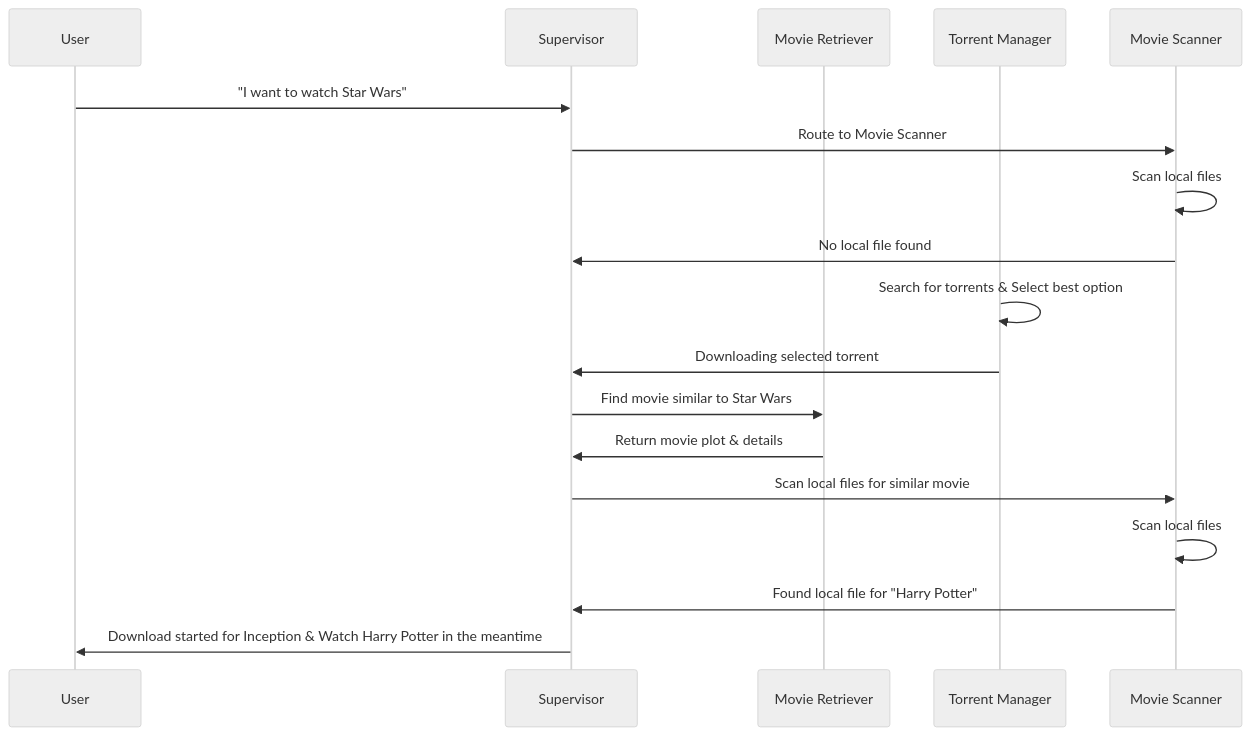
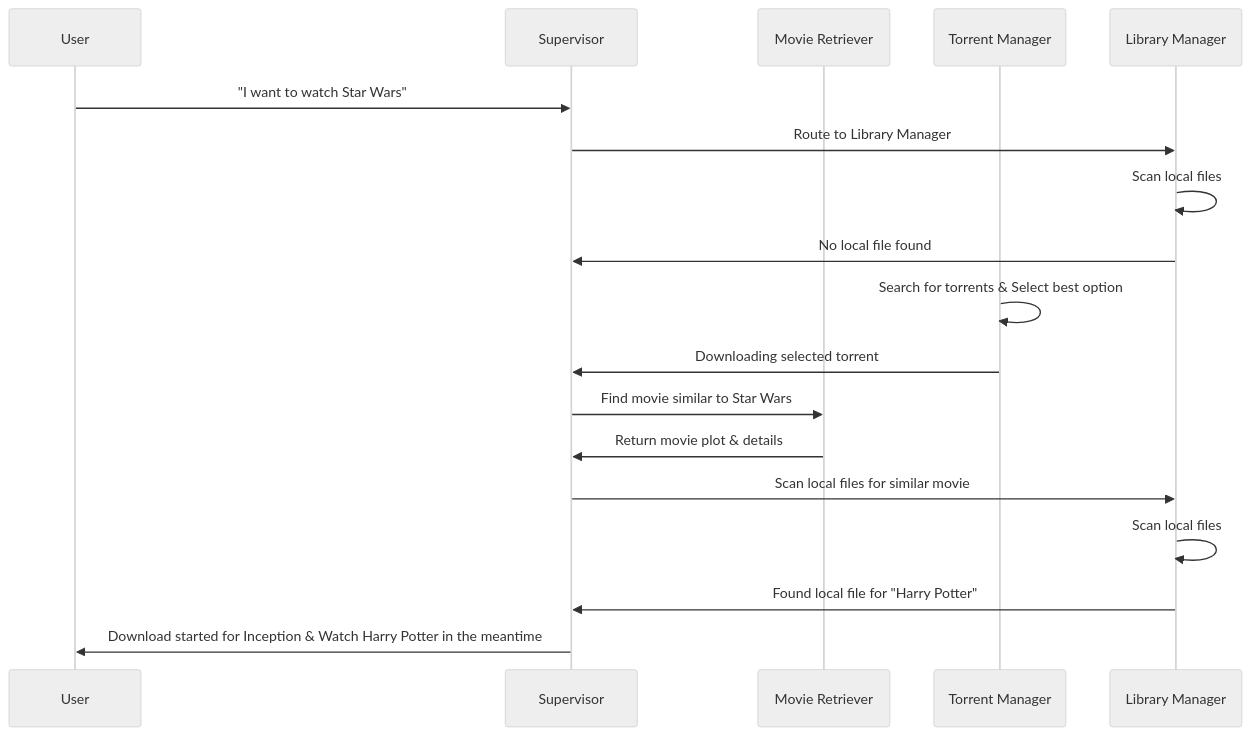
The fourth of 4 diagrams in README.md (elisarchod/turtle_app), drawn with Mermaid (neutral theme) before and after one commit. The commit also changed other lines of this file and 13 other files, not shown here.

````diff
--- a/README.md
+++ b/README.md
@@ -132,21 +150,21 @@
 ```mermaid
 sequenceDiagram
   participant U as User
   participant S as Supervisor
   participant MR as Movie Retriever
   participant TM as Torrent Manager
-  participant MS as Movie Scanner
+  participant LM as Library Manager
   U ->> S: "I want to watch Star Wars"
-  S ->> MS: Route to Movie Scanner
-  MS ->> MS: Scan local files
-  MS ->> S: No local file found
+  S ->> LM: Route to Library Manager
+  LM ->> LM: Scan local files
+  LM ->> S: No local file found
   TM ->> TM: Search for torrents & Select best option
   TM ->> S: Downloading selected torrent
   S ->> MR: Find movie similar to Star Wars
   MR ->> S: Return movie plot & details
-  S ->> MS: Scan local files for similar movie
-  MS ->> MS: Scan local files
-  MS ->> S: Found local file for "Harry Potter"
+  S ->> LM: Scan local files for similar movie
+  LM ->> LM: Scan local files
+  LM ->> S: Found local file for "Harry Potter"
   S ->> U: Download started for Inception & Watch Harry Potter in the meantime
 
 ```
````
